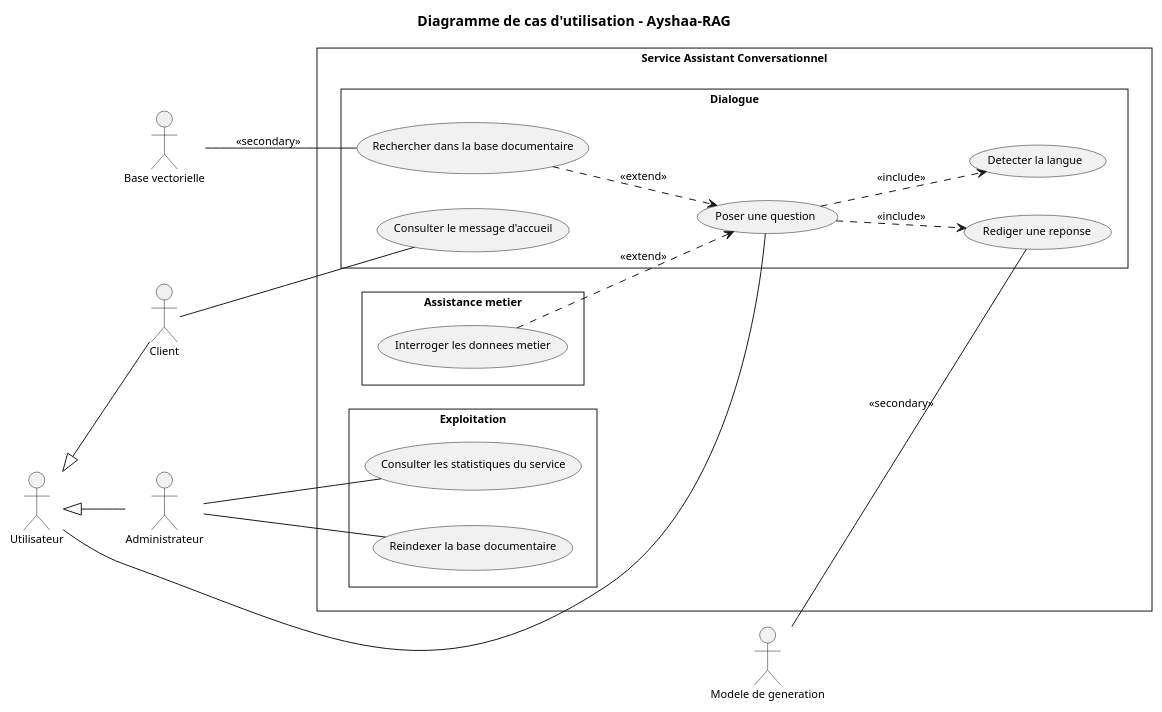
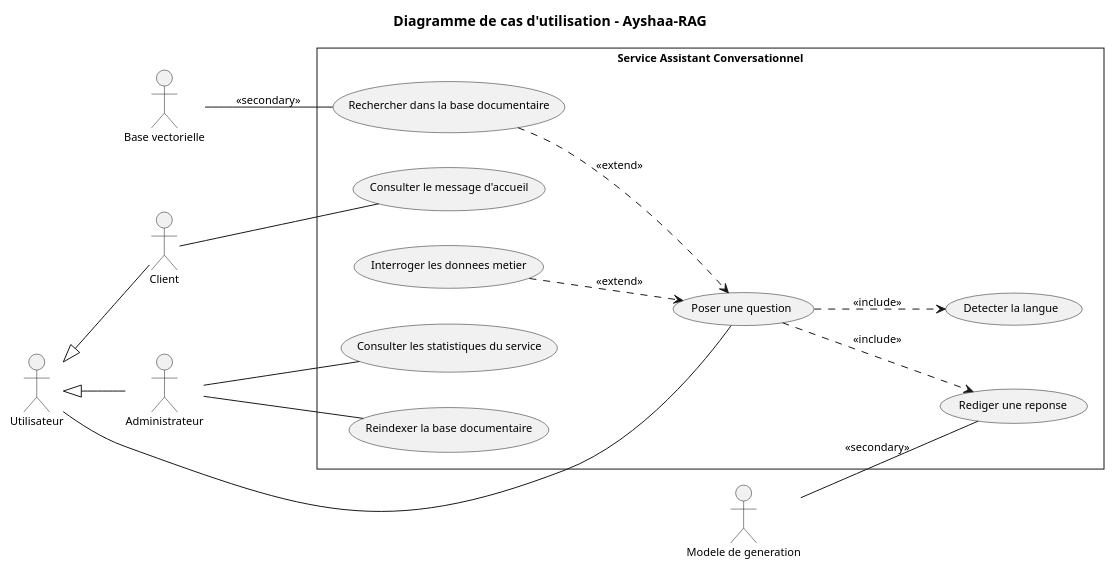
One commit to saber-barhoumi/Xpark-gmao changed the diagram in docs/diagrams/microservices/Ayshaa-RAG/Ayshaa-RAG-usecase.puml. Above: the diagram before and after it, drawn with PlantUML. The commit also changed 37 other files, not shown here.

```diff
--- a/docs/diagrams/microservices/Ayshaa-RAG/Ayshaa-RAG-usecase.puml
+++ b/docs/diagrams/microservices/Ayshaa-RAG/Ayshaa-RAG-usecase.puml
@@ -1,55 +1,49 @@
 @startuml
 skinparam style strictuml
 skinparam packageStyle rectangle
 skinparam shadowing false
 skinparam defaultFontName Verdana
 skinparam defaultFontSize 11
 skinparam backgroundColor #FFFFFF
 left to right direction
 
 title Diagramme de cas d'utilisation - Ayshaa-RAG
 
 ' Acteurs principaux (a gauche)
 actor "Utilisateur" as Utilisateur
 actor "Client" as Client
 actor "Administrateur" as Administrateur
 
 Utilisateur <|-- Client
 Utilisateur <|-- Administrateur
 
 rectangle "Service Assistant Conversationnel" {
-  package "Dialogue" {
-    usecase "Poser une question" as UC_Poser_une_question
-    usecase "Detecter la langue" as UC_Detecter_la_langue
-    usecase "Rechercher dans la base documentaire" as UC_Rechercher_dans_la_base_documentai
-    usecase "Rediger une reponse" as UC_Rediger_une_reponse
-    usecase "Consulter le message d'accueil" as UC_Consulter_le_message_d_accueil
-  }
-  package "Assistance metier" {
-    usecase "Interroger les donnees metier" as UC_Interroger_les_donnees_metier
-  }
-  package "Exploitation" {
-    usecase "Reindexer la base documentaire" as UC_Reindexer_la_base_documentaire
-    usecase "Consulter les statistiques du service" as UC_Consulter_les_statistiques_du_serv
-  }
+  usecase "Poser une question" as UC_Poser_une_question
+  usecase "Detecter la langue" as UC_Detecter_la_langue
+  usecase "Rechercher dans la base documentaire" as UC_Rechercher_dans_la_base_documentai
+  usecase "Rediger une reponse" as UC_Rediger_une_reponse
+  usecase "Consulter le message d'accueil" as UC_Consulter_le_message_d_accueil
+  usecase "Interroger les donnees metier" as UC_Interroger_les_donnees_metier
+  usecase "Reindexer la base documentaire" as UC_Reindexer_la_base_documentaire
+  usecase "Consulter les statistiques du service" as UC_Consulter_les_statistiques_du_serv
 }
 
 ' Acteurs secondaires (a droite, hors frontiere)
 actor "Base vectorielle" as Qdrant
 actor "Modele de generation" as Ollama
 
 ' Associations : trait continu sans fleche (UML : relation d'association)
 Utilisateur -- UC_Poser_une_question
 Client -- UC_Consulter_le_message_d_accueil
 Administrateur -- UC_Consulter_les_statistiques_du_serv
 Administrateur -- UC_Reindexer_la_base_documentaire
 
 Qdrant -- UC_Rechercher_dans_la_base_documentai : << secondary >>
 Ollama -- UC_Rediger_une_reponse : << secondary >>
 
 UC_Poser_une_question ..> UC_Detecter_la_langue : << include >>
 UC_Poser_une_question ..> UC_Rediger_une_reponse : << include >>
 UC_Rechercher_dans_la_base_documentai ..> UC_Poser_une_question : << extend >>
 UC_Interroger_les_donnees_metier ..> UC_Poser_une_question : << extend >>
 
 @enduml
```
